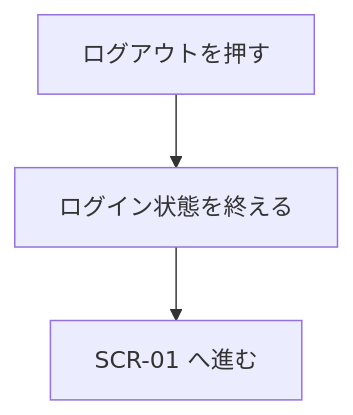
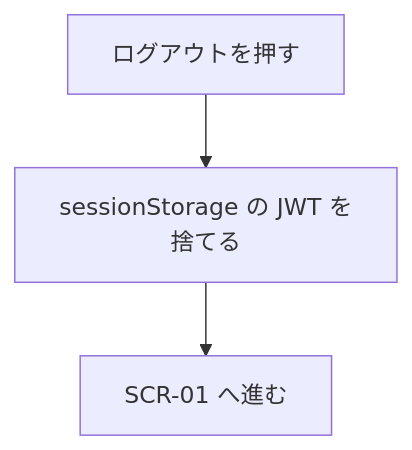
Before and after one commit to pfgnsb/learning-sns: the third of 4 diagrams in ドキュメント/機能定義/アカウント.md, drawn with Mermaid. The commit also changed other lines of this file and 14 other files, not shown here.

````diff
--- a/ドキュメント/機能定義/アカウント.md
+++ b/ドキュメント/機能定義/アカウント.md
@@ -109,5 +114,5 @@
 ```mermaid
 flowchart TD
-  press[ログアウトを押す] --> endSession[ログイン状態を終える]
-  endSession --> login[SCR-01 へ進む]
+  press[ログアウトを押す] --> drop[sessionStorage の JWT を捨てる]
+  drop --> login[SCR-01 へ進む]
 ```
````
